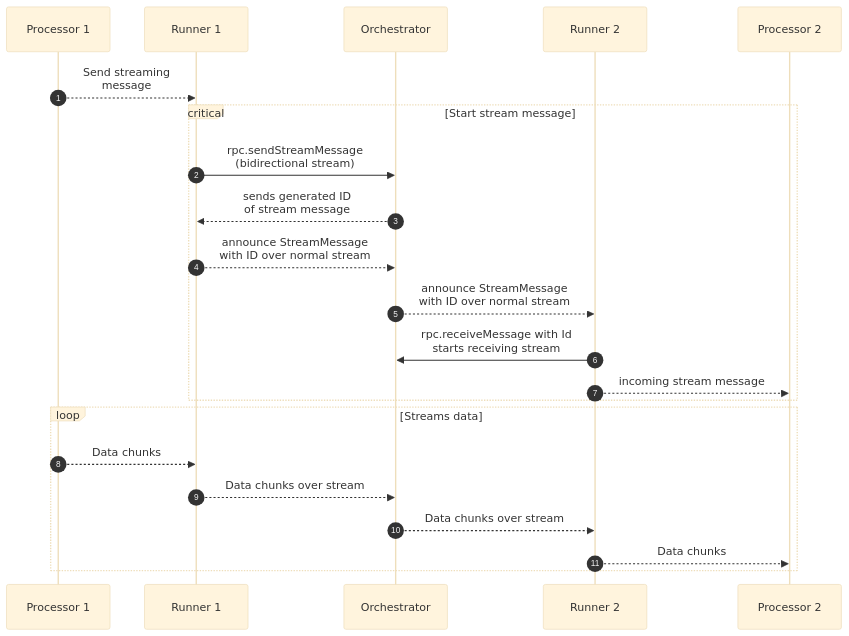
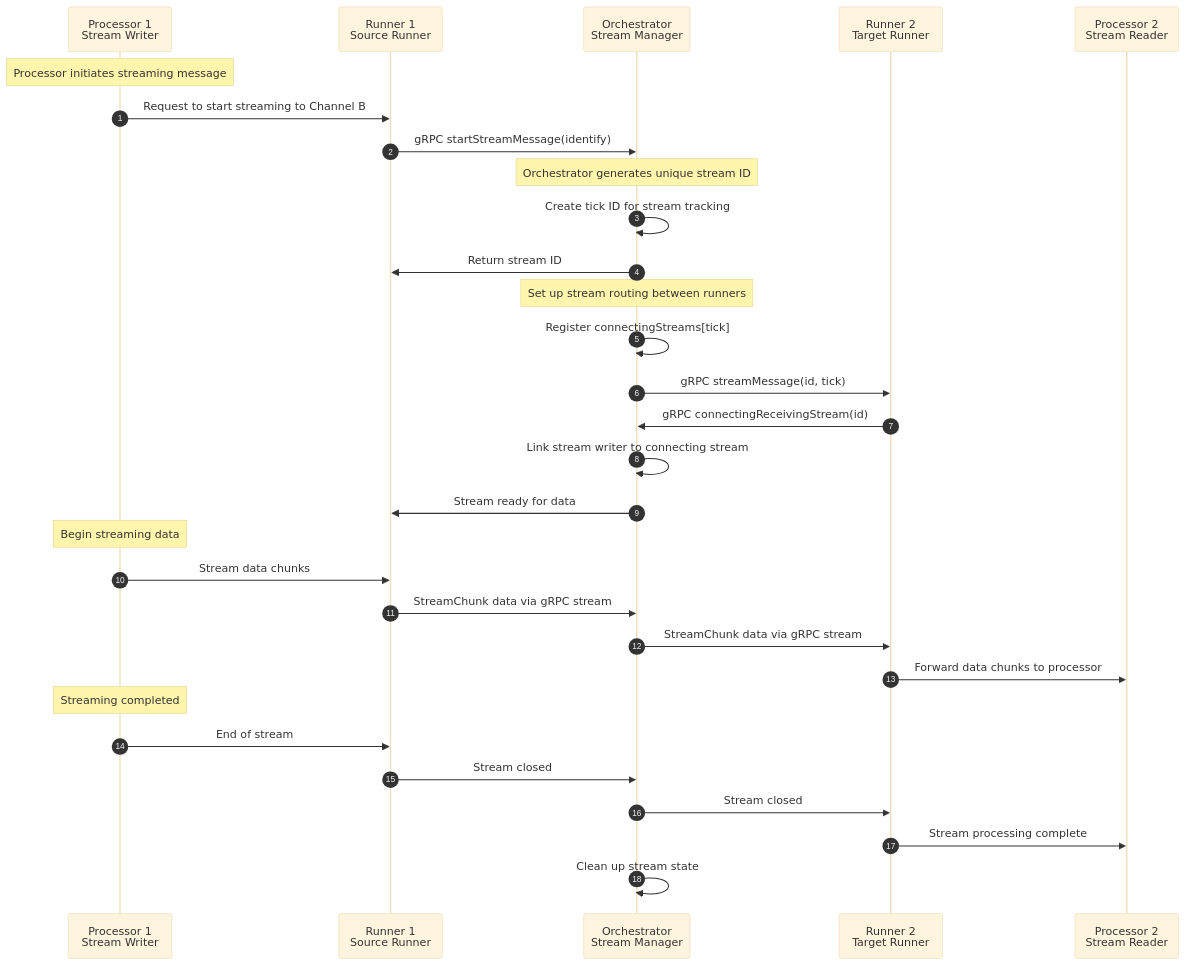
One commit to rdf-connect/orchestrator-js changed the third of 3 diagrams in README.md. Above: the diagram before and after it, drawn with Mermaid (base theme). The commit also changed other lines of this file and 6 other files, not shown here.

````diff
--- a/README.md
+++ b/README.md
@@ -332,26 +316,36 @@
 ```mermaid
 sequenceDiagram
     autonumber
-    participant P1 as Processor 1
-    participant R1 as Runner 1
-    participant O as Orchestrator
-    participant R2 as Runner 2
-    participant P2 as Processor 2
-    P1 -->> R1: Send streaming<br>message
-    critical Start stream message
-        R1 ->> O: rpc.sendStreamMessage<br>(bidirectional stream)
-        O -->> R1: sends generated ID<br>of stream message
-        R1 -->> O: announce StreamMessage<br>with ID over normal stream
+    participant P1 as Processor 1<br/>Stream Writer
+    participant R1 as Runner 1<br/>Source Runner
+    participant O as Orchestrator<br/>Stream Manager
+    participant R2 as Runner 2<br/>Target Runner
+    participant P2 as Processor 2<br/>Stream Reader
 
-        O -->> R2: announce StreamMessage<br>with ID over normal stream
-        R2 ->> O: rpc.receiveMessage with Id<br>starts receiving stream
-        R2 -->> P2: incoming stream message
-    end
+    Note over P1: Processor initiates streaming message
+    P1->>R1: Request to start streaming to Channel B
+    R1->>O: gRPC startStreamMessage(identify)
+    Note over O: Orchestrator generates unique stream ID
+    O->>O: Create tick ID for stream tracking
+    O->>R1: Return stream ID
 
-    loop Streams data
-        P1 -->> R1: Data chunks
-        R1 -->> O: Data chunks over stream
-        O -->> R2: Data chunks over stream
-        R2 -->>P2: Data chunks
-    end
+    Note over O: Set up stream routing between runners
+    O->>O: Register connectingStreams[tick]
+    O->>R2: gRPC streamMessage(id, tick)
+    R2->>O: gRPC connectingReceivingStream(id)
+    O->>O: Link stream writer to connecting stream
+    O->>R1: Stream ready for data
+
+    Note over P1: Begin streaming data
+    P1->>R1: Stream data chunks
+    R1->>O: StreamChunk data via gRPC stream
+    O->>R2: StreamChunk data via gRPC stream
+    R2->>P2: Forward data chunks to processor
+
+    Note over P1: Streaming completed
+    P1->>R1: End of stream
+    R1->>O: Stream closed
+    O->>R2: Stream closed
+    R2->>P2: Stream processing complete
+    O->>O: Clean up stream state
 ```
````
